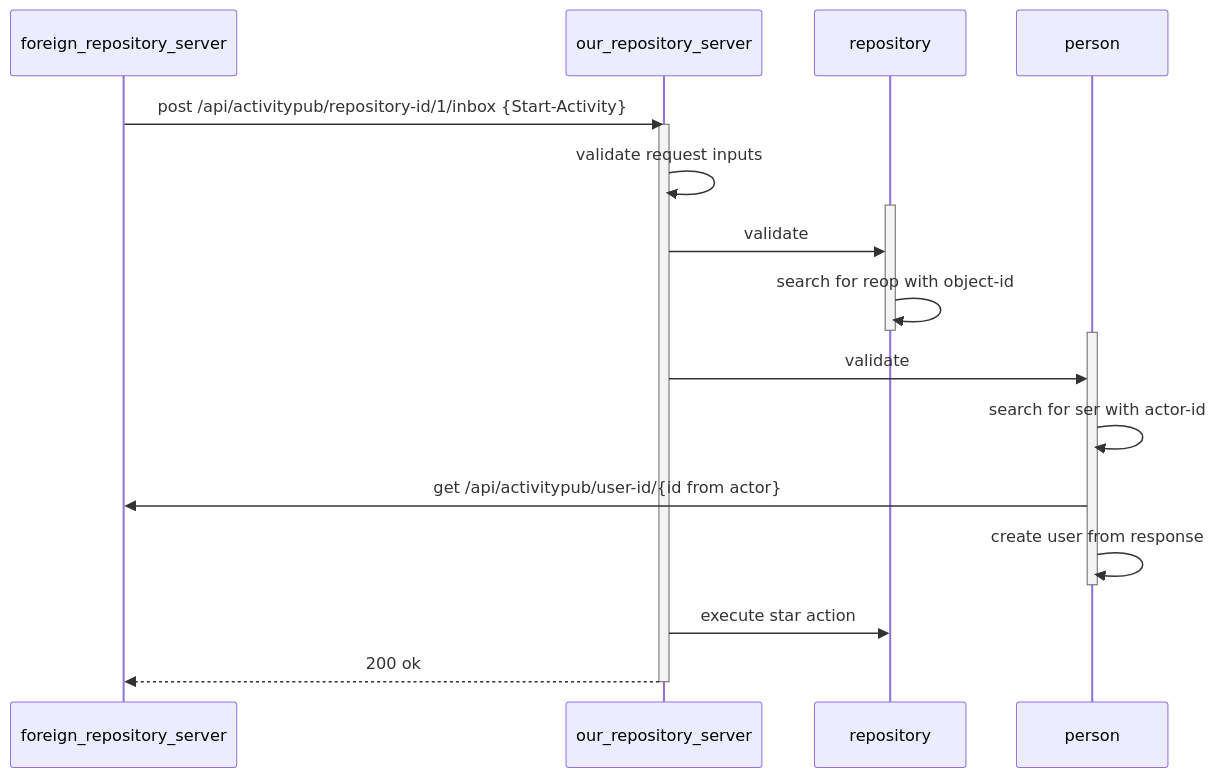
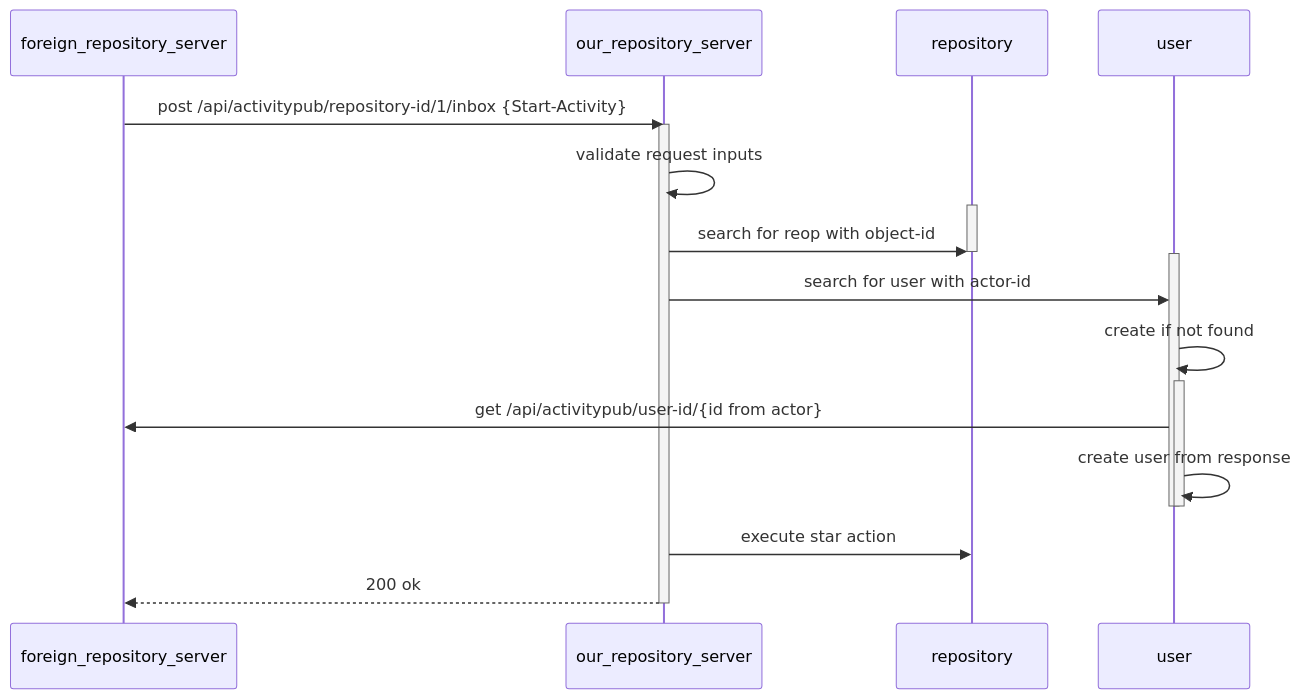
Before and after one commit to yonasBSD/forgejo: the first of 2 diagrams in docs/unsure-where-to-put/threat_analysis_star_activity.md, drawn with Mermaid. The commit also changed other lines of this file, not shown here.

Commit message:
make flows more precise

````diff
--- a/docs/unsure-where-to-put/threat_analysis_star_activity.md
+++ b/docs/unsure-where-to-put/threat_analysis_star_activity.md
@@ -6,22 +6,23 @@
 ```mermaid
 sequenceDiagram
     participant fs as foreign_repository_server
     participant os as our_repository_server
 
     fs ->> os: post /api/activitypub/repository-id/1/inbox {Start-Activity}
     activate os
     os ->> os: validate request inputs
     activate repository
-    os ->> repository: validate
-    repository ->> repository: search for reop with object-id
+    os ->> repository: search for reop with object-id
     deactivate repository
-    activate person
-    os ->> person: validate
-    person ->> person: search for ser with actor-id
-    person ->> fs: get /api/activitypub/user-id/{id from actor}
-    person ->> person: create user from response
-    deactivate person
+    activate user
+    os ->> user: search for user with actor-id
+    user ->> user: create if not found
+    activate user
+    user ->> fs: get /api/activitypub/user-id/{id from actor}
+    user ->> user: create user from response
+    deactivate user
+    deactivate user
     os ->> repository: execute star action
     os -->> fs: 200 ok
     deactivate os
 ```
````
